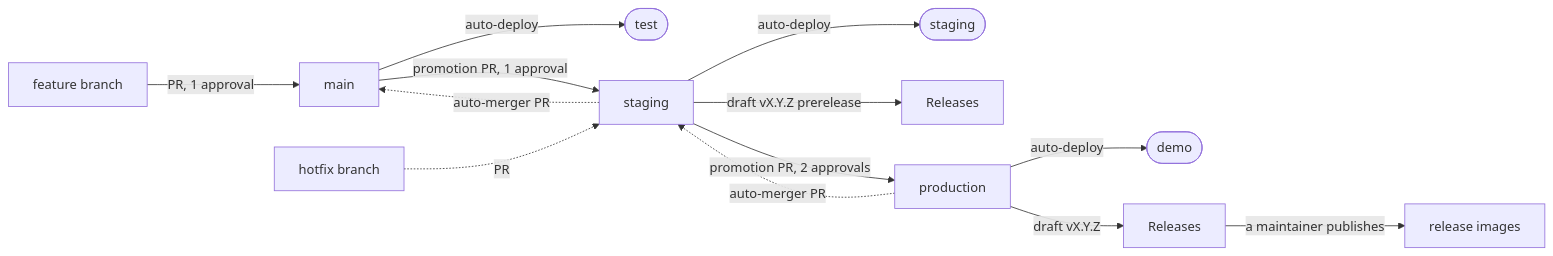
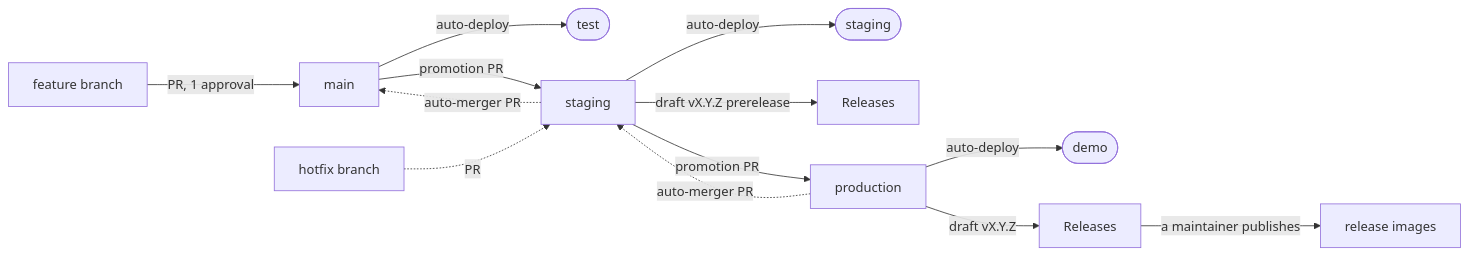
Before and after one commit to samvera/hyku: the diagram in docs/branching-and-releases.md, drawn with Mermaid. The commit also changed other lines of this file, not shown here.

Commit message:
📚 Correct the approval count: production needs one, like the rest
The production-only ruleset that asked for two is disabled.

````diff
--- a/docs/branching-and-releases.md
+++ b/docs/branching-and-releases.md
@@ -5,15 +5,15 @@
 ```mermaid
 flowchart LR
   F["feature branch"] -->|"PR, 1 approval"| M["main"]
   M -->|"auto-deploy"| T(["test"])
-  M -->|"promotion PR, 1 approval"| S["staging"]
+  M -->|"promotion PR"| S["staging"]
   S -->|"auto-deploy"| SE(["staging"])
   S -->|"draft vX.Y.Z prerelease"| R1["Releases"]
-  S -->|"promotion PR, 2 approvals"| P["production"]
+  S -->|"promotion PR"| P["production"]
   P -->|"auto-deploy"| D(["demo"])
   P -->|"draft vX.Y.Z"| R2["Releases"]
   R2 -->|"a maintainer publishes"| I["release images"]
   H["hotfix branch"] -.->|"PR"| S
   S -.->|"auto-merger PR"| M
   P -.->|"auto-merger PR"| S
 ```
````
